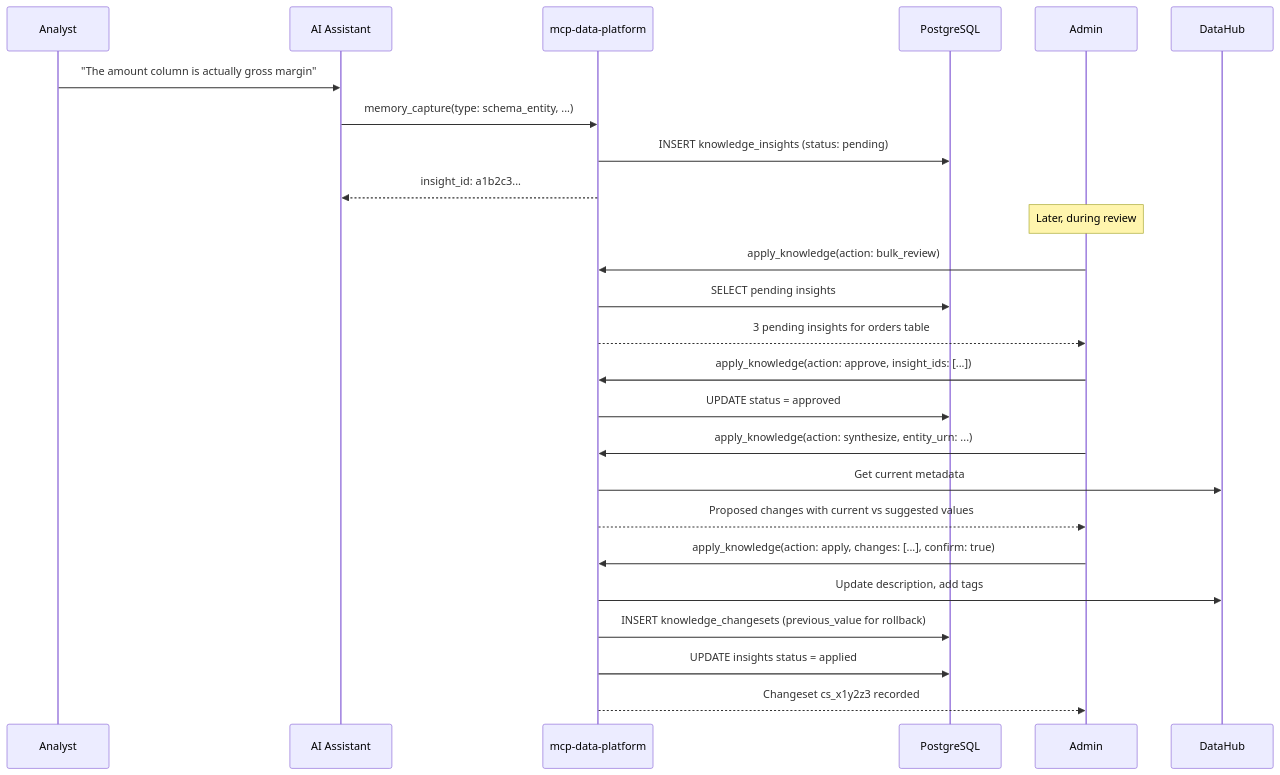
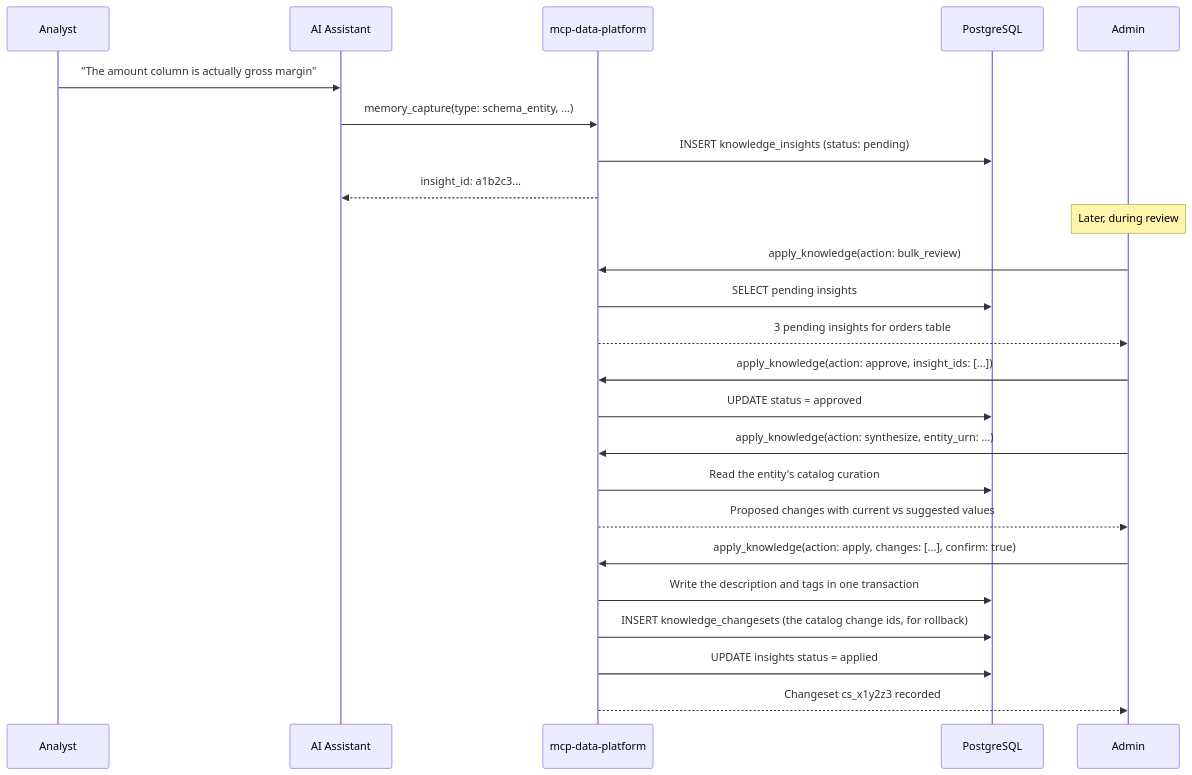
Before and after one commit to txn2/mcp-data-platform: the third of 3 diagrams in docs/knowledge/overview.md, drawn with Mermaid. The commit also changed other lines of this file and 149 other files, not shown here.

First line of the commit message:
feat(catalog): writes, schema documents, DataHub import (#1920) (#2120)

````diff
--- a/docs/knowledge/overview.md
+++ b/docs/knowledge/overview.md
@@ -166,32 +166,31 @@
 ```mermaid
 sequenceDiagram
     participant Analyst
     participant AI as AI Assistant
     participant MCP as mcp-data-platform
     participant PG as PostgreSQL
     participant Admin
-    participant DH as DataHub
 
     Analyst->>AI: "The amount column is actually gross margin"
     AI->>MCP: memory_capture(type: schema_entity, ...)
     MCP->>PG: INSERT knowledge_insights (status: pending)
     MCP-->>AI: insight_id: a1b2c3...
 
     Note over Admin: Later, during review
     Admin->>MCP: apply_knowledge(action: bulk_review)
     MCP->>PG: SELECT pending insights
     MCP-->>Admin: 3 pending insights for orders table
 
     Admin->>MCP: apply_knowledge(action: approve, insight_ids: [...])
     MCP->>PG: UPDATE status = approved
 
     Admin->>MCP: apply_knowledge(action: synthesize, entity_urn: ...)
-    MCP->>DH: Get current metadata
+    MCP->>PG: Read the entity's catalog curation
     MCP-->>Admin: Proposed changes with current vs suggested values
 
     Admin->>MCP: apply_knowledge(action: apply, changes: [...], confirm: true)
-    MCP->>DH: Update description, add tags
-    MCP->>PG: INSERT knowledge_changesets (previous_value for rollback)
+    MCP->>PG: Write the description and tags in one transaction
+    MCP->>PG: INSERT knowledge_changesets (the catalog change ids, for rollback)
     MCP->>PG: UPDATE insights status = applied
     MCP-->>Admin: Changeset cs_x1y2z3 recorded
 ```
````
